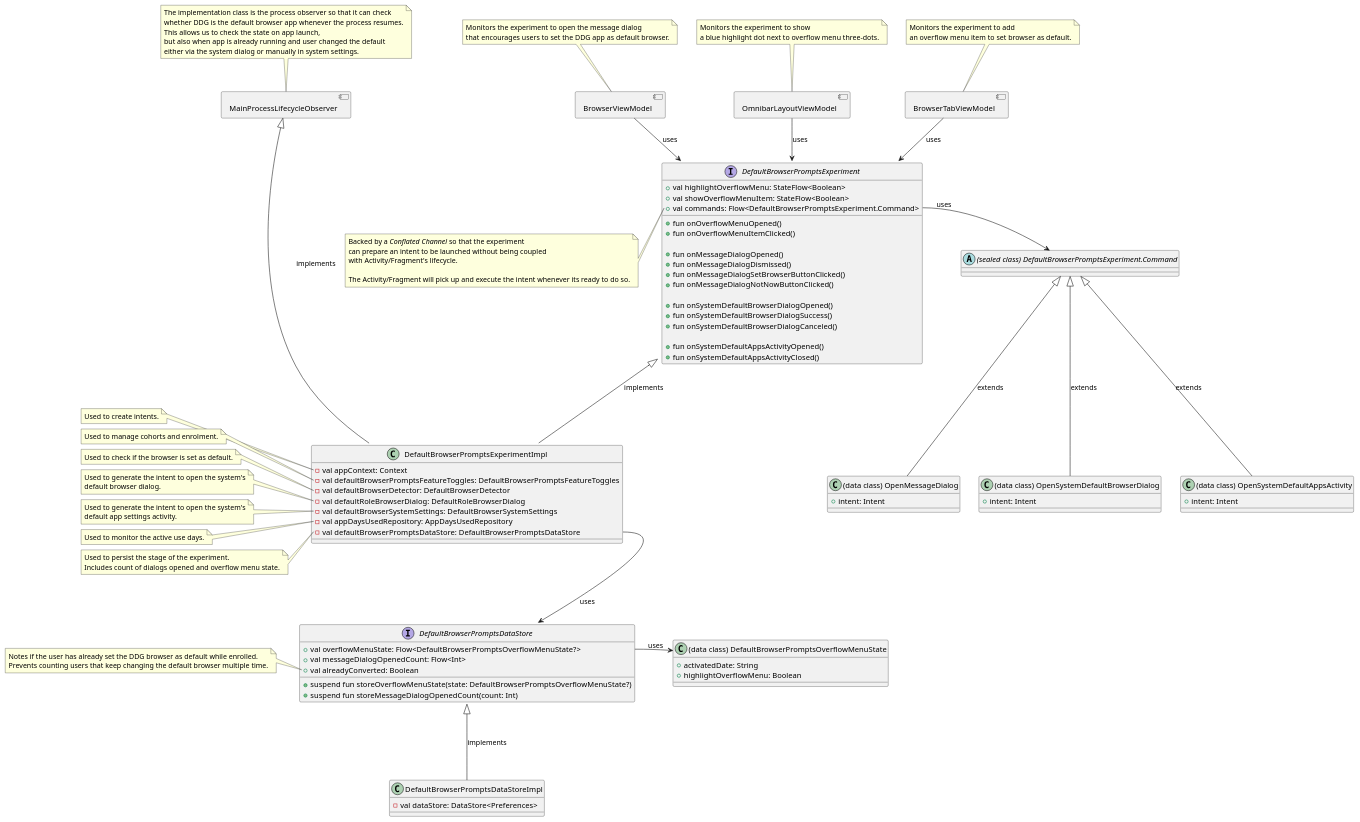
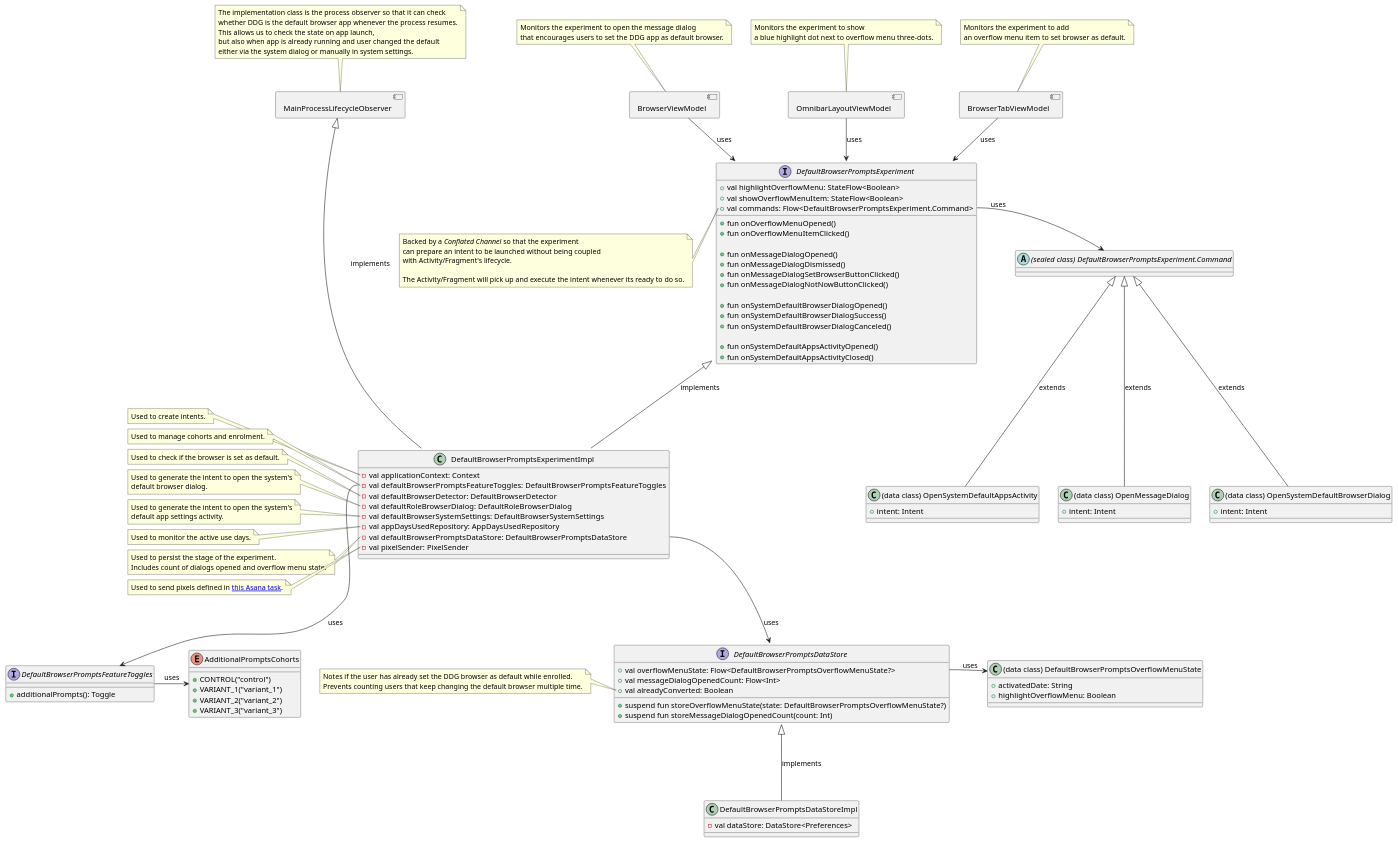
One commit to duckduckgo/Android changed the diagram in app/src/main/java/com/duckduckgo/app/browser/defaultbrowsing/prompts/default_browser_prompts_experiment_class_diagram.puml. Above: the diagram before and after it, drawn with PlantUML. The commit also changed 1 other file, not shown here.

Commit message:
updated diagrams (also accounts for mid-mortem changes)

```diff
--- a/app/src/main/java/com/duckduckgo/app/browser/defaultbrowsing/prompts/default_browser_prompts_experiment_class_diagram.puml
+++ b/app/src/main/java/com/duckduckgo/app/browser/defaultbrowsing/prompts/default_browser_prompts_experiment_class_diagram.puml
@@ -1,157 +1,177 @@
 @startuml
 allowmixing
 
 component MainProcessLifecycleObserver
 note top of MainProcessLifecycleObserver
   The implementation class is the process observer so that it can check
   whether DDG is the default browser app whenever the process resumes.
   This allows us to check the state on app launch,
   but also when app is already running and user changed the default
   either via the system dialog or manually in system settings.
 end note
 
 abstract class DefaultBrowserPromptsExperimentCommand as "(sealed class) DefaultBrowserPromptsExperiment.Command"
 
 class OpenMessageDialog as "(data class) OpenMessageDialog" {
   + intent: Intent
 }
 
 class OpenSystemDefaultBrowserDialog as "(data class) OpenSystemDefaultBrowserDialog" {
   + intent: Intent
 }
 
 class OpenSystemDefaultAppsActivity as "(data class) OpenSystemDefaultAppsActivity" {
   + intent: Intent
 }
 
 DefaultBrowserPromptsExperimentCommand <|-- OpenMessageDialog : extends
 DefaultBrowserPromptsExperimentCommand <|-- OpenSystemDefaultBrowserDialog : extends
 DefaultBrowserPromptsExperimentCommand <|-- OpenSystemDefaultAppsActivity : extends
 
 interface DefaultBrowserPromptsExperiment {
   + val highlightOverflowMenu: StateFlow<Boolean>
   + val showOverflowMenuItem: StateFlow<Boolean>
   + val commands: Flow<DefaultBrowserPromptsExperiment.Command>
 
   + fun onOverflowMenuOpened()
   + fun onOverflowMenuItemClicked()
 
   + fun onMessageDialogOpened()
   + fun onMessageDialogDismissed()
   + fun onMessageDialogSetBrowserButtonClicked()
   + fun onMessageDialogNotNowButtonClicked()
 
   + fun onSystemDefaultBrowserDialogOpened()
   + fun onSystemDefaultBrowserDialogSuccess()
   + fun onSystemDefaultBrowserDialogCanceled()
 
   + fun onSystemDefaultAppsActivityOpened()
   + fun onSystemDefaultAppsActivityClosed()
 }
 
 DefaultBrowserPromptsExperiment::commands -> DefaultBrowserPromptsExperimentCommand : uses
 
 note left of DefaultBrowserPromptsExperiment::commands
   Backed by a //Conflated Channel// so that the experiment
   can prepare an intent to be launched without being coupled
   with Activity/Fragment's lifecycle.
 
   The Activity/Fragment will pick up and execute the intent whenever its ready to do so.
 end note
 
 class DefaultBrowserPromptsOverflowMenuState as "(data class) DefaultBrowserPromptsOverflowMenuState" {
   + activatedDate: String
   + highlightOverflowMenu: Boolean
 }
 
+enum AdditionalPromptsCohorts {
+  + CONTROL("control")
+  + VARIANT_1("variant_1")
+  + VARIANT_2("variant_2")
+  + VARIANT_3("variant_3")
+}
+
+interface DefaultBrowserPromptsFeatureToggles {
+  + additionalPrompts(): Toggle
+}
+
+DefaultBrowserPromptsFeatureToggles -> AdditionalPromptsCohorts : uses
+
 interface DefaultBrowserPromptsDataStore {
   + val overflowMenuState: Flow<DefaultBrowserPromptsOverflowMenuState?>
   + val messageDialogOpenedCount: Flow<Int>
   + val alreadyConverted: Boolean
 
   + suspend fun storeOverflowMenuState(state: DefaultBrowserPromptsOverflowMenuState?)
   + suspend fun storeMessageDialogOpenedCount(count: Int)
 }
 
 note left of DefaultBrowserPromptsDataStore::alreadyConverted
   Notes if the user has already set the DDG browser as default while enrolled.
   Prevents counting users that keep changing the default browser multiple time.
 end note
 
 DefaultBrowserPromptsDataStore::overflowMenuState -> DefaultBrowserPromptsOverflowMenuState : uses
 
 class DefaultBrowserPromptsDataStoreImpl {
   - val dataStore: DataStore<Preferences>
 }
 
 DefaultBrowserPromptsDataStore <|--- DefaultBrowserPromptsDataStoreImpl : implements
 
 class DefaultBrowserPromptsExperimentImpl {
-  - val appContext: Context
+  - val applicationContext: Context
   - val defaultBrowserPromptsFeatureToggles: DefaultBrowserPromptsFeatureToggles
   - val defaultBrowserDetector: DefaultBrowserDetector
   - val defaultRoleBrowserDialog: DefaultRoleBrowserDialog
   - val defaultBrowserSystemSettings: DefaultBrowserSystemSettings
   - val appDaysUsedRepository: AppDaysUsedRepository
   - val defaultBrowserPromptsDataStore: DefaultBrowserPromptsDataStore
+  - val pixelSender: PixelSender
 }
 
 MainProcessLifecycleObserver <|--- DefaultBrowserPromptsExperimentImpl : implements
 
 DefaultBrowserPromptsExperiment <|-- DefaultBrowserPromptsExperimentImpl : implements
 
 DefaultBrowserPromptsExperimentImpl::defaultBrowserPromptsDataStore --> DefaultBrowserPromptsDataStore : uses
 
-note left of DefaultBrowserPromptsExperimentImpl::appContext
+DefaultBrowserPromptsExperimentImpl::defaultBrowserPromptsFeatureToggles --> DefaultBrowserPromptsFeatureToggles : uses
+
+note left of DefaultBrowserPromptsExperimentImpl::applicationContext
   Used to create intents.
 end note
 
 note left of DefaultBrowserPromptsExperimentImpl::defaultBrowserPromptsFeatureToggles
   Used to manage cohorts and enrolment.
 end note
 
 note left of DefaultBrowserPromptsExperimentImpl::defaultBrowserDetector
   Used to check if the browser is set as default.
 end note
 
 note left of DefaultBrowserPromptsExperimentImpl::defaultRoleBrowserDialog
   Used to generate the intent to open the system's
   default browser dialog.
 end note
 
 note left of DefaultBrowserPromptsExperimentImpl::defaultBrowserSystemSettings
   Used to generate the intent to open the system's
   default app settings activity.
 end note
 
 note left of DefaultBrowserPromptsExperimentImpl::appDaysUsedRepository
   Used to monitor the active use days.
 end note
 
 note left of DefaultBrowserPromptsExperimentImpl::defaultBrowserPromptsDataStore
   Used to persist the stage of the experiment.
   Includes count of dialogs opened and overflow menu state.
 end note
 
+note left of DefaultBrowserPromptsExperimentImpl::PixelSender
+  Used to send pixels defined in [[https://app.asana.com/0/1208671518894266/1208774988133227/f this Asana task]].
+end note
+
 component BrowserViewModel
 BrowserViewModel --> DefaultBrowserPromptsExperiment : uses
 note top of BrowserViewModel
   Monitors the experiment to open the message dialog
   that encourages users to set the DDG app as default browser.
 end note
 
 component OmnibarLayoutViewModel
 OmnibarLayoutViewModel --> DefaultBrowserPromptsExperiment : uses
 note top of OmnibarLayoutViewModel
   Monitors the experiment to show
   a blue highlight dot next to overflow menu three-dots.
 end note
 
 component BrowserTabViewModel
 BrowserTabViewModel --> DefaultBrowserPromptsExperiment : uses
 note top of BrowserTabViewModel
   Monitors the experiment to add
   an overflow menu item to set browser as default.
 end note
 
 @enduml
```
